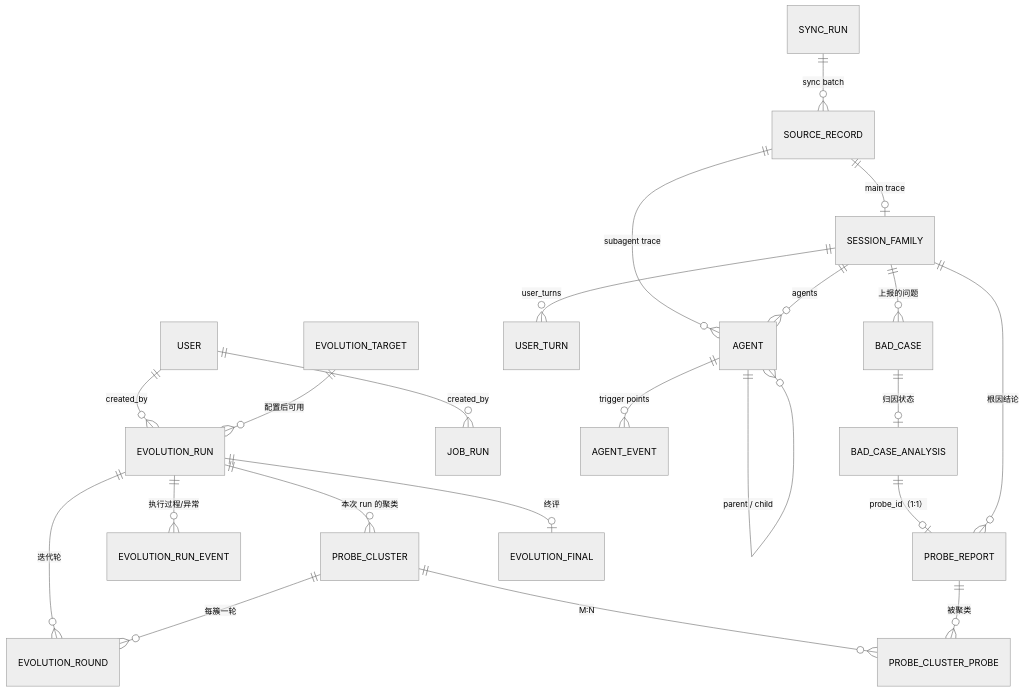
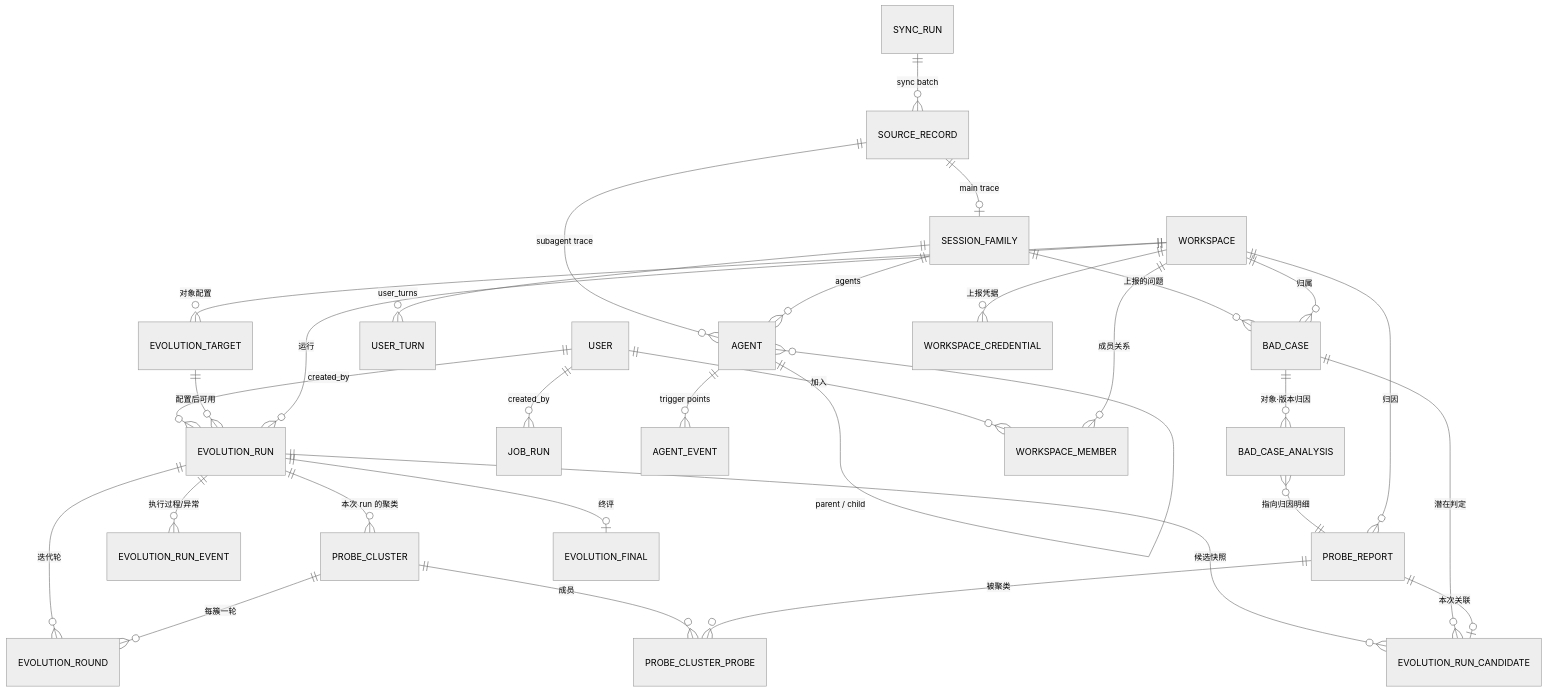
Before and after one commit to Shadow-Azure/harness-evolution: the diagram in plans/fullstack-design/06-database-design.md, drawn with Mermaid (neutral theme). The commit also changed other lines of this file and 17 other files, not shown here.

````diff
--- a/plans/fullstack-design/06-database-design.md
+++ b/plans/fullstack-design/06-database-design.md
@@ -76,26 +89,36 @@
 ```mermaid
 erDiagram
     USER ||--o{ EVOLUTION_RUN : "created_by"
     USER ||--o{ JOB_RUN : "created_by"
     SYNC_RUN ||--o{ SOURCE_RECORD : "sync batch"
     SOURCE_RECORD ||--o| SESSION_FAMILY : "main trace"
     SOURCE_RECORD ||--o{ AGENT : "subagent trace"
     SESSION_FAMILY ||--o{ AGENT : "agents"
     AGENT ||--o{ AGENT : "parent / child"
     AGENT ||--o{ AGENT_EVENT : "trigger points"
     SESSION_FAMILY ||--o{ USER_TURN : "user_turns"
 
     SESSION_FAMILY ||--o{ BAD_CASE : "上报的问题"
-    BAD_CASE ||--o| BAD_CASE_ANALYSIS : "归因状态"
-    BAD_CASE_ANALYSIS ||--o| PROBE_REPORT : "probe_id（1:1）"
-    SESSION_FAMILY ||--o{ PROBE_REPORT : "根因结论"
+    BAD_CASE ||--o{ BAD_CASE_ANALYSIS : "对象·版本归因"
+    BAD_CASE_ANALYSIS }o--|| PROBE_REPORT : "指向归因明细"
+    EVOLUTION_RUN ||--o{ EVOLUTION_RUN_CANDIDATE : "候选快照"
+    BAD_CASE ||--o{ EVOLUTION_RUN_CANDIDATE : "潜在判定"
+    PROBE_REPORT ||--o| EVOLUTION_RUN_CANDIDATE : "本次关联"
 
     EVOLUTION_TARGET ||--o{ EVOLUTION_RUN : "配置后可用"
     EVOLUTION_RUN ||--o{ EVOLUTION_RUN_EVENT : "执行过程/异常"
     EVOLUTION_RUN ||--o{ PROBE_CLUSTER : "本次 run 的聚类"
-    PROBE_CLUSTER ||--o{ PROBE_CLUSTER_PROBE : "M:N"
+    PROBE_CLUSTER ||--o{ PROBE_CLUSTER_PROBE : "成员"
     PROBE_REPORT ||--o{ PROBE_CLUSTER_PROBE : "被聚类"
     EVOLUTION_RUN ||--o{ EVOLUTION_ROUND : "迭代轮"
     PROBE_CLUSTER ||--o{ EVOLUTION_ROUND : "每簇一轮"
     EVOLUTION_RUN ||--o| EVOLUTION_FINAL : "终评"
+
+    USER ||--o{ WORKSPACE_MEMBER : "加入"
+    WORKSPACE ||--o{ WORKSPACE_MEMBER : "成员关系"
+    WORKSPACE ||--o{ WORKSPACE_CREDENTIAL : "上报凭据"
+    WORKSPACE ||--o{ BAD_CASE : "归属"
+    WORKSPACE ||--o{ PROBE_REPORT : "归因"
+    WORKSPACE ||--o{ EVOLUTION_TARGET : "对象配置"
+    WORKSPACE ||--o{ EVOLUTION_RUN : "运行"
 ```
````
